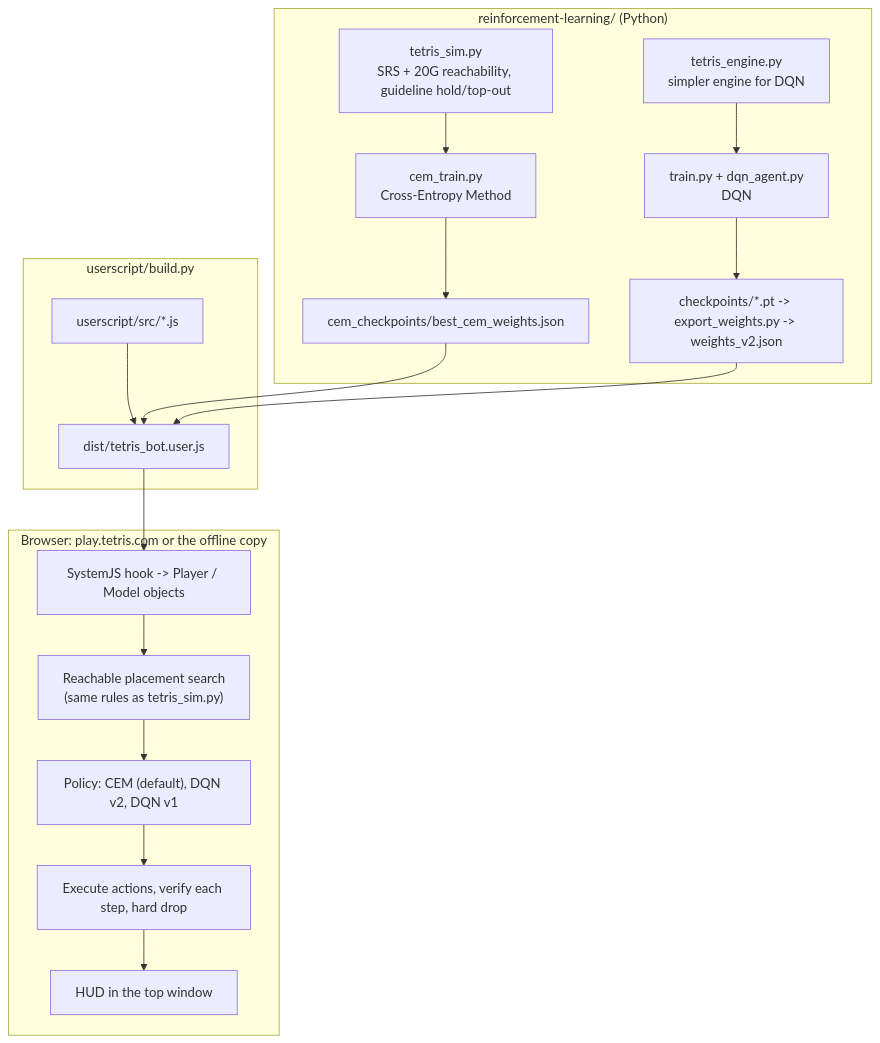
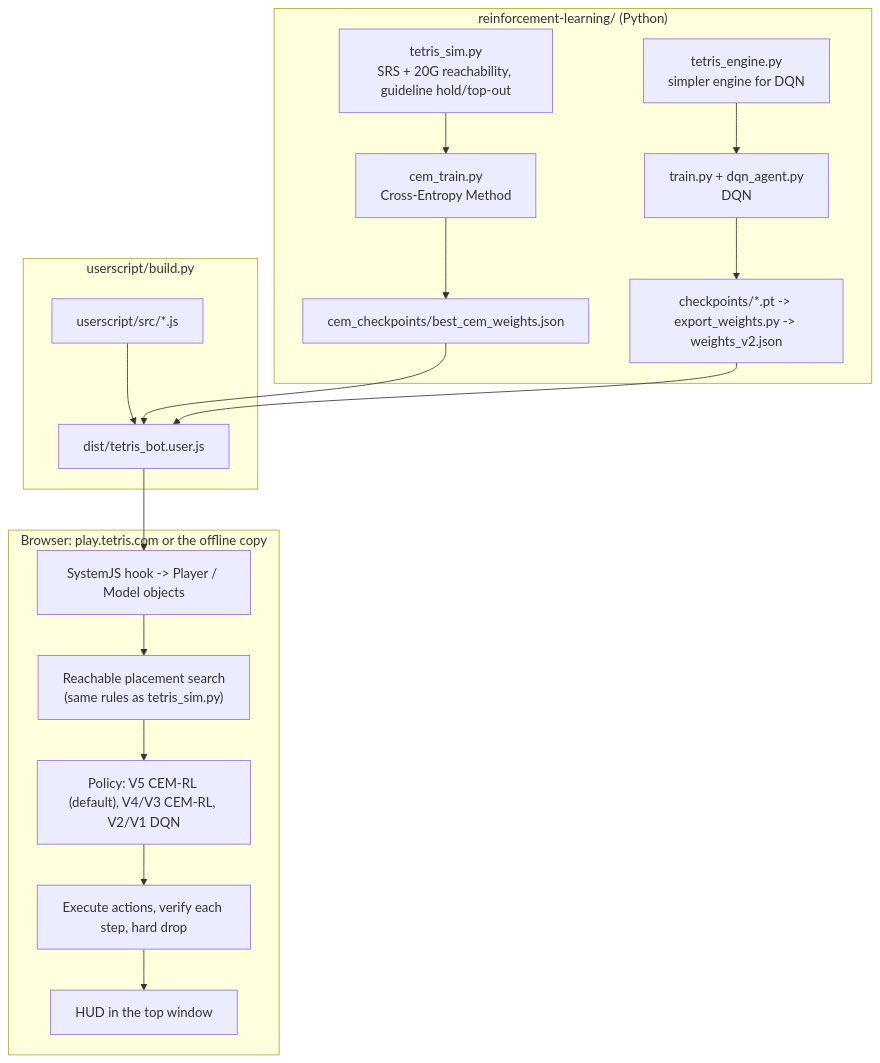
Before and after one commit to rusminto/Bot-Tetris-RL: the first of 2 diagrams in docs/ARCHITECTURE.md, drawn with Mermaid. The commit also changed other lines of this file and 25 other files, not shown here.

````diff
--- a/docs/ARCHITECTURE.md
+++ b/docs/ARCHITECTURE.md
@@ -5,28 +5,28 @@
 ```mermaid
 flowchart TD
     subgraph RL["reinforcement-learning/ (Python)"]
         SIM["tetris_sim.py\nSRS + 20G reachability, guideline hold/top-out"]
         CEM["cem_train.py\nCross-Entropy Method"]
         ENG["tetris_engine.py\nsimpler engine for DQN"]
         DQN["train.py + dqn_agent.py\nDQN"]
         SIM --> CEM --> CW["cem_checkpoints/best_cem_weights.json"]
         ENG --> DQN --> DW["checkpoints/*.pt -> export_weights.py -> weights_v2.json"]
     end
 
     subgraph BUILD["userscript/build.py"]
         MODS["userscript/src/*.js"] --> OUT["dist/tetris_bot.user.js"]
     end
     CW --> OUT
     DW --> OUT
 
     subgraph GAME["Browser: play.tetris.com or the offline copy"]
         HOOK["SystemJS hook -> Player / Model objects"]
         SEARCH["Reachable placement search\n(same rules as tetris_sim.py)"]
-        POLICY["Policy: CEM (default), DQN v2, DQN v1"]
+        POLICY["Policy: V5 CEM-RL (default), V4/V3 CEM-RL, V2/V1 DQN"]
         EXEC["Execute actions, verify each step, hard drop"]
         HUD["HUD in the top window"]
         HOOK --> SEARCH --> POLICY --> EXEC
         EXEC --> HUD
     end
     OUT --> HOOK
 ```
````
